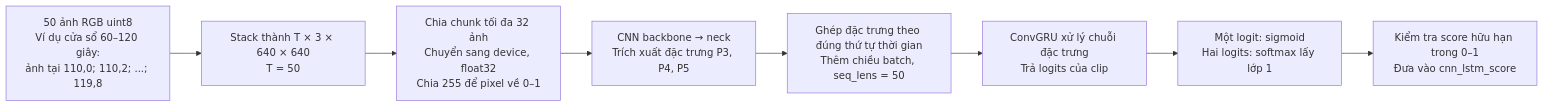
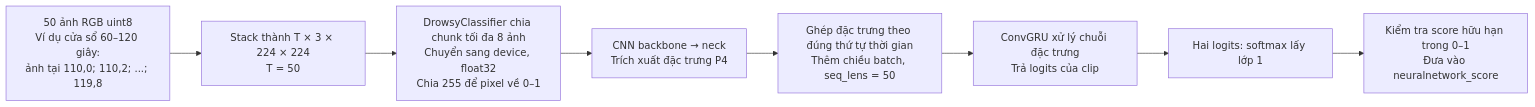
One commit to minh4bys2-non/driver-guardian changed the sixth of 7 diagrams in ai/OptimalAlgorithsm/DataSystem/README.md. Above: the diagram before and after it, drawn with Mermaid. The commit also changed other lines of this file and 5 other files, not shown here.

````diff
--- a/ai/OptimalAlgorithsm/DataSystem/README.md
+++ b/ai/OptimalAlgorithsm/DataSystem/README.md
@@ -495,11 +481,11 @@
 ```mermaid
 flowchart LR
     INPUT["50 ảnh RGB uint8<br/>Ví dụ cửa sổ 60–120 giây:<br/>ảnh tại 110,0; 110,2; ...; 119,8"]
-    INPUT --> STACK["Stack thành T × 3 × 640 × 640<br/>T = 50"]
-    STACK --> CHUNK["Chia chunk tối đa 32 ảnh<br/>Chuyển sang device, float32<br/>Chia 255 để pixel về 0–1"]
-    CHUNK --> CNN["CNN backbone → neck<br/>Trích xuất đặc trưng P3, P4, P5"]
+    INPUT --> STACK["Stack thành T × 3 × 224 × 224<br/>T = 50"]
+    STACK --> CHUNK["DrowsyClassifier chia chunk tối đa 8 ảnh<br/>Chuyển sang device, float32<br/>Chia 255 để pixel về 0–1"]
+    CHUNK --> CNN["CNN backbone → neck<br/>Trích xuất đặc trưng P4"]
     CNN --> SEQ["Ghép đặc trưng theo đúng thứ tự thời gian<br/>Thêm chiều batch, seq_lens = 50"]
     SEQ --> GRU["ConvGRU xử lý chuỗi đặc trưng<br/>Trả logits của clip"]
-    GRU --> PROB["Một logit: sigmoid<br/>Hai logits: softmax lấy lớp 1"]
-    PROB --> CHECK["Kiểm tra score hữu hạn trong 0–1<br/>Đưa vào cnn_lstm_score"]
+    GRU --> PROB["Hai logits: softmax lấy lớp 1"]
+    PROB --> CHECK["Kiểm tra score hữu hạn trong 0–1<br/>Đưa vào neuralnetwork_score"]
 ```
````
